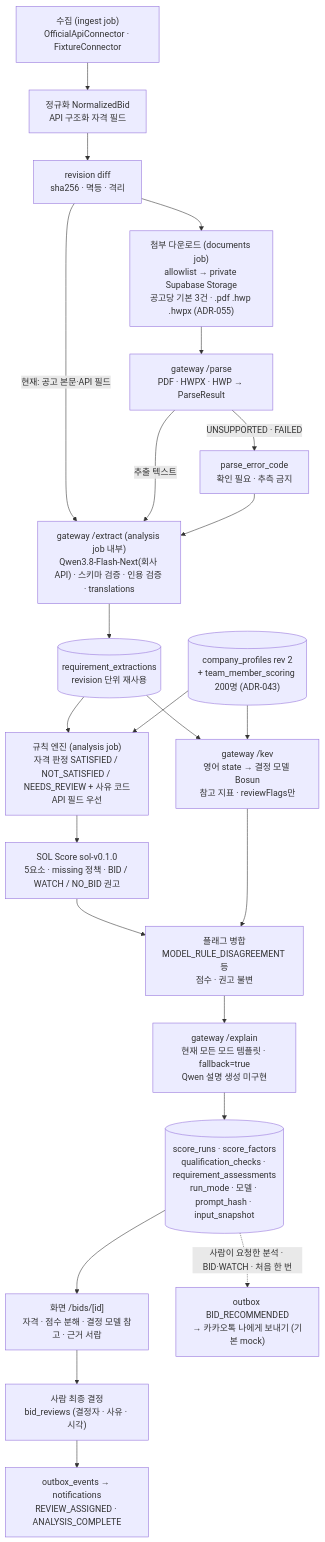
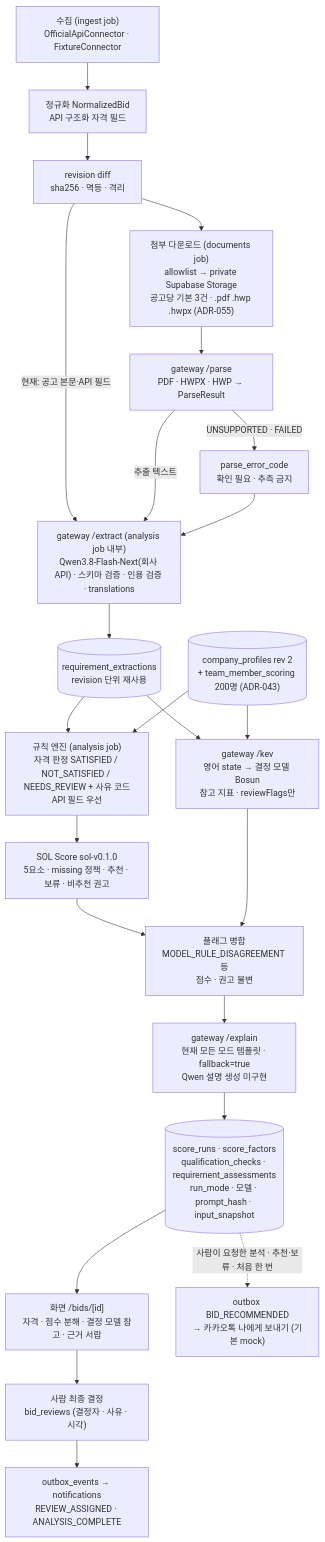
Before and after one commit to solideoai/sol-radar: the third of 3 diagrams in docs/submission/architecture.md, drawn with Mermaid. The commit also changed other lines of this file and 27 other files, not shown here.

````diff
--- a/docs/submission/architecture.md
+++ b/docs/submission/architecture.md
@@ -99,25 +99,25 @@
 ```mermaid
 flowchart TD
  A["수집 (ingest job)<br/>OfficialApiConnector · FixtureConnector"] --> N["정규화 NormalizedBid<br/>API 구조화 자격 필드"]
  N --> R1["revision diff<br/>sha256 · 멱등 · 격리"]
  R1 --> D["첨부 다운로드 (documents job)<br/>allowlist → private Supabase Storage<br/>공고당 기본 3건 · .pdf .hwp .hwpx (ADR-055)"]
  D --> P["gateway /parse<br/>PDF · HWPX · HWP → ParseResult"]
  P -->|UNSUPPORTED · FAILED| PE["parse_error_code<br/>확인 필요 · 추측 금지"]
  R1 -->|현재: 공고 본문·API 필드| E["gateway /extract (analysis job 내부)<br/>Qwen3.8-Flash-Next(회사 API) · 스키마 검증 · 인용 검증 · translations"]
  P -->|추출 텍스트| E
  PE --> E
  E --> X[("requirement_extractions<br/>revision 단위 재사용")]
  X --> RE["규칙 엔진 (analysis job)<br/>자격 판정 SATISFIED / NOT_SATISFIED / NEEDS_REVIEW + 사유 코드<br/>API 필드 우선"]
  CP[("company_profiles rev 2<br/>+ team_member_scoring 200명 (ADR-043)")] --> RE
- RE --> S["SOL Score sol-v0.1.0<br/>5요소 · missing 정책 · BID / WATCH / NO_BID 권고"]
+ RE --> S["SOL Score sol-v0.1.0<br/>5요소 · missing 정책 · 추천 · 보류 · 비추천 권고"]
  X --> K["gateway /kev<br/>영어 state → 결정 모델 Bosun<br/>참고 지표 · reviewFlags만"]
  CP --> K
  S --> F["플래그 병합<br/>MODEL_RULE_DISAGREEMENT 등<br/>점수 · 권고 불변"]
  K --> F
  F --> EX["gateway /explain<br/>현재 모든 모드 템플릿 · fallback=true<br/>Qwen 설명 생성 미구현"]
  EX --> Z[("score_runs · score_factors<br/>qualification_checks · requirement_assessments<br/>run_mode · 모델 · prompt_hash · input_snapshot")]
  Z --> UI["화면 /bids/[id]<br/>자격 · 점수 분해 · 결정 모델 참고 · 근거 서랍"]
  UI --> H["사람 최종 결정<br/>bid_reviews (결정자 · 사유 · 시각)"]
  H --> O["outbox_events → notifications<br/>REVIEW_ASSIGNED · ANALYSIS_COMPLETE"]
- Z -. "사람이 요청한 분석 · BID·WATCH · 처음 한 번" .-> KK["outbox BID_RECOMMENDED<br/>→ 카카오톡 나에게 보내기 (기본 mock)"]
+ Z -. "사람이 요청한 분석 · 추천·보류 · 처음 한 번" .-> KK["outbox BID_RECOMMENDED<br/>→ 카카오톡 나에게 보내기 (기본 mock)"]
 ```
````
